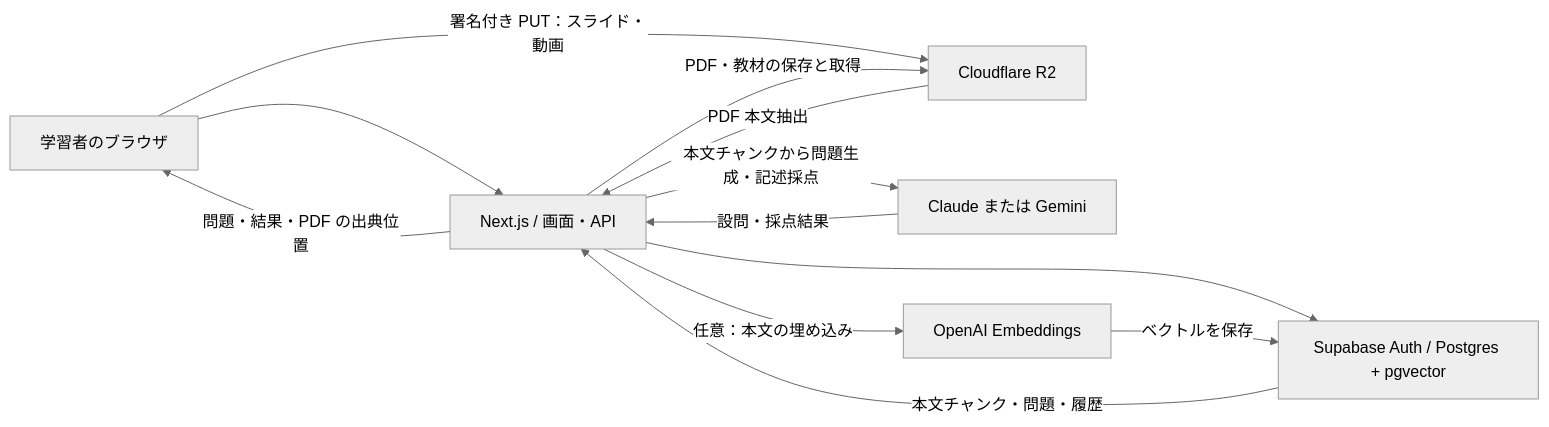
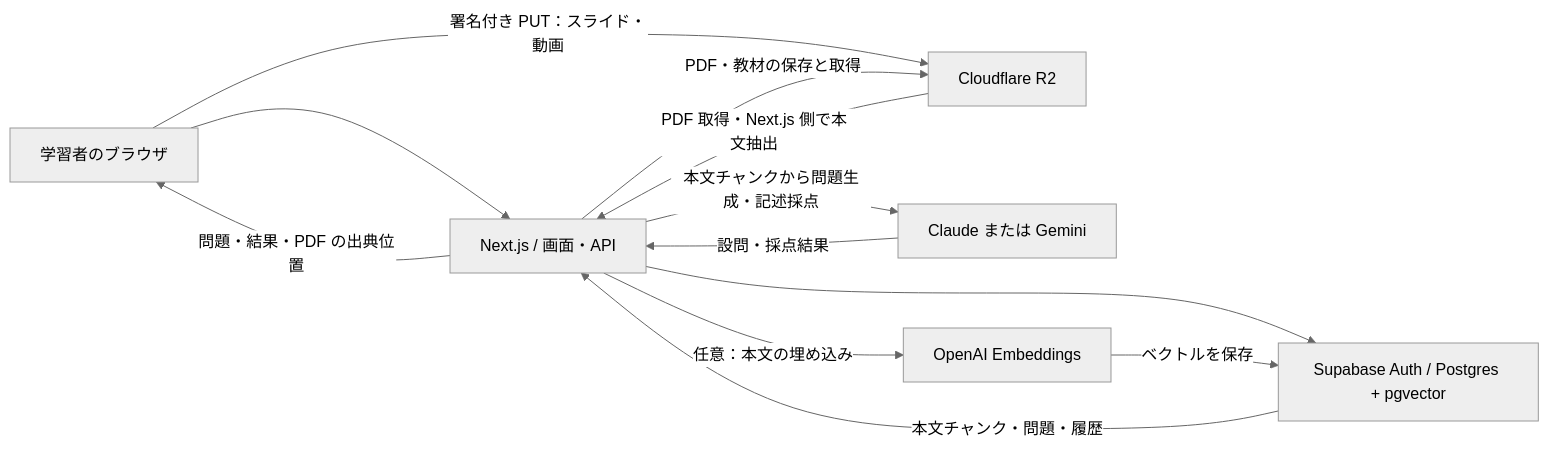
One commit to doren-hub/Edu-Share changed the diagram in README.md. Above: the diagram before and after it, drawn with Mermaid (neutral theme).

Commit message:
docs: clarify PDF extraction runs in Next.js

````diff
--- a/README.md
+++ b/README.md
@@ -38,14 +38,14 @@
 ```mermaid
 flowchart LR
   U[学習者のブラウザ] --> N[Next.js / 画面・API]
   N --> S[Supabase Auth / Postgres + pgvector]
   U -->|署名付き PUT：スライド・動画| R[Cloudflare R2]
   N -->|PDF・教材の保存と取得| R
-  R -->|PDF 本文抽出| N
+  R -->|PDF 取得・Next.js 側で本文抽出| N
   N -->|本文チャンクから問題生成・記述採点| L[Claude または Gemini]
   L -->|設問・採点結果| N
   N -->|任意：本文の埋め込み| O[OpenAI Embeddings]
   O -->|ベクトルを保存| S
   S -->|本文チャンク・問題・履歴| N
   N -->|問題・結果・PDF の出典位置| U
 ```
````
